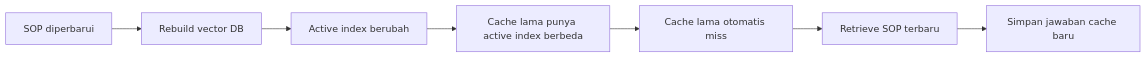
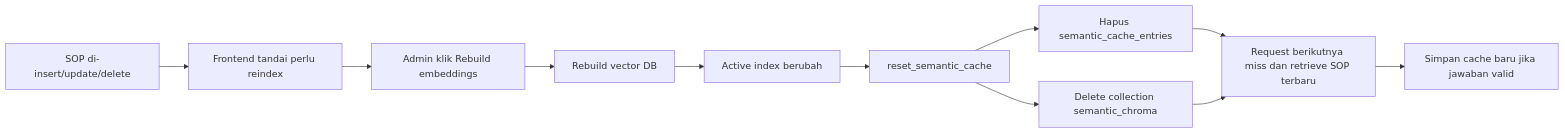
The sixth of 6 diagrams in Capstone/docs/ALUR_SEMANTIC_CACHE.md (Akram17t/Internship), drawn with Mermaid before and after one commit. The commit also changed other lines of this file and 14 other files, not shown here.

````diff
--- a/Capstone/docs/ALUR_SEMANTIC_CACHE.md
+++ b/Capstone/docs/ALUR_SEMANTIC_CACHE.md
@@ -295,9 +297,13 @@
 ```mermaid
 flowchart LR
-    A[SOP diperbarui] --> B[Rebuild vector DB]
-    B --> C[Active index berubah]
-    C --> D[Cache lama punya active index berbeda]
-    D --> E[Cache lama otomatis miss]
-    E --> F[Retrieve SOP terbaru]
-    F --> G[Simpan jawaban cache baru]
+    A[SOP di-insert/update/delete] --> B[Frontend tandai perlu reindex]
+    B --> C[Admin klik Rebuild embeddings]
+    C --> D[Rebuild vector DB]
+    D --> E[Active index berubah]
+    E --> F[reset_semantic_cache]
+    F --> G[Hapus semantic_cache_entries]
+    F --> H[Delete collection semantic_chroma]
+    G --> I[Request berikutnya miss dan retrieve SOP terbaru]
+    H --> I
+    I --> J[Simpan cache baru jika jawaban valid]
 ```
````
